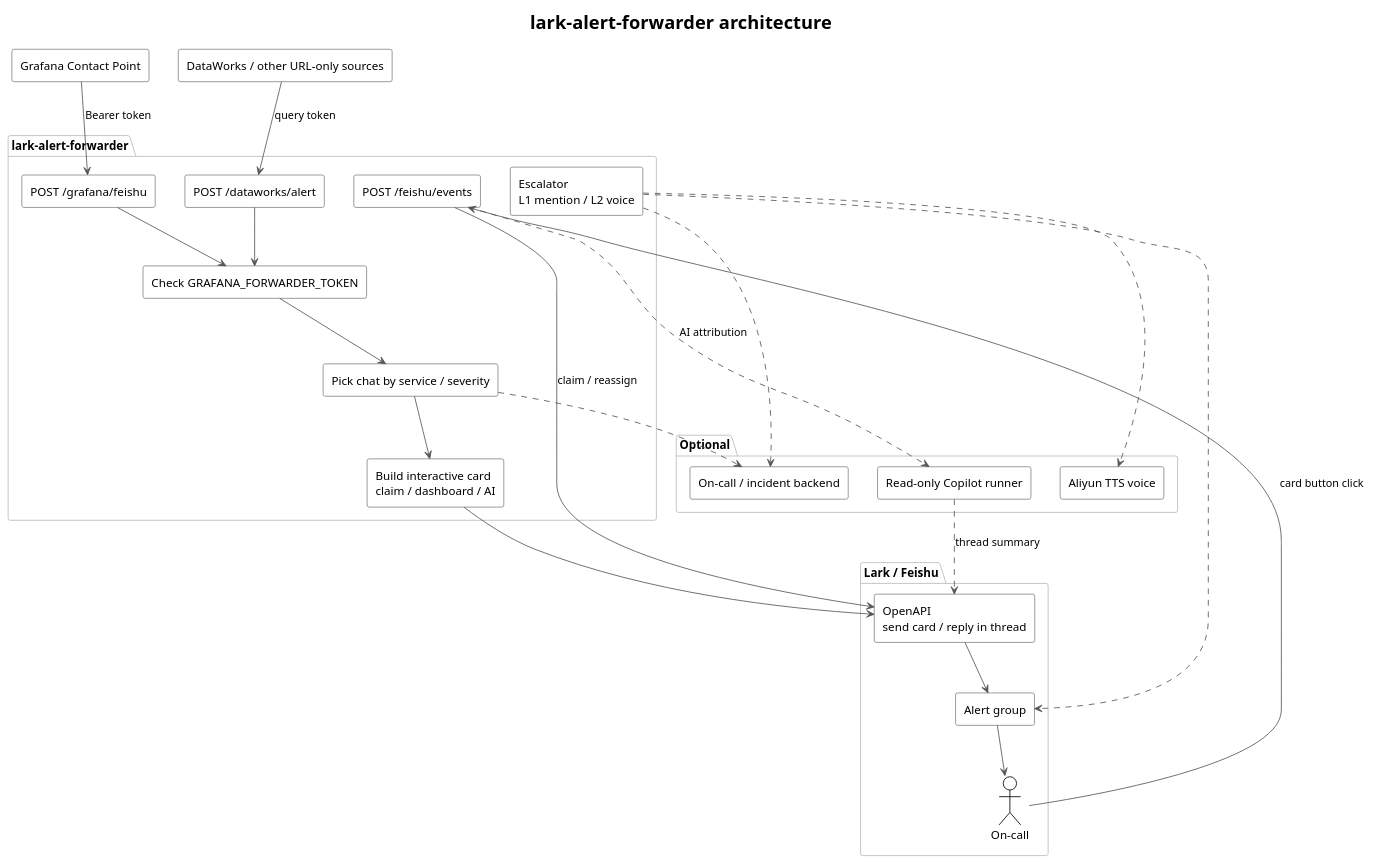
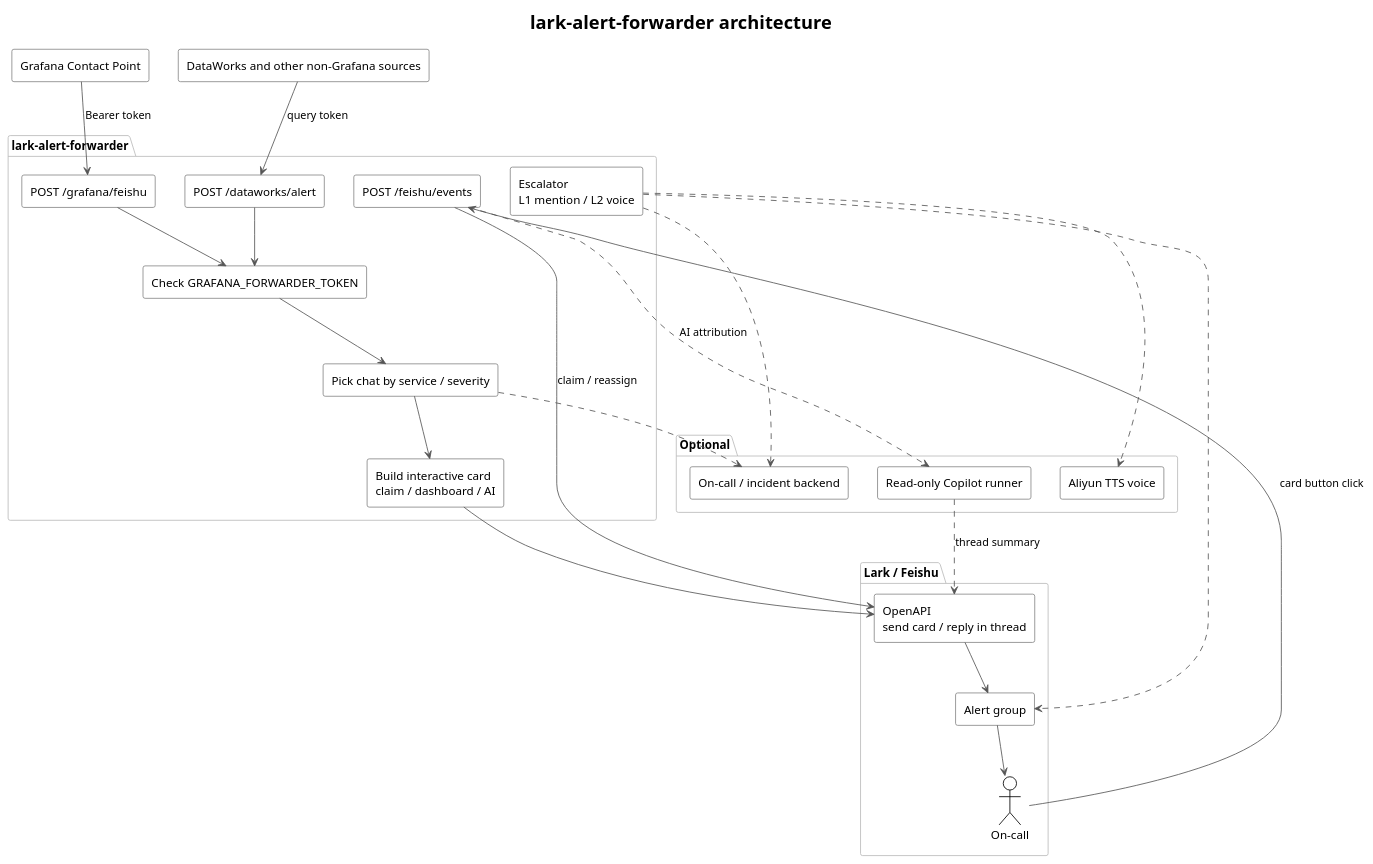
One commit to doctor-fun/lark-alert-forwarder changed the diagram in docs/architecture.en.puml. Above: the diagram before and after it, drawn with PlantUML. The commit also changed 5 other files, not shown here.

Commit message:
Correct DataWorks: it is a payload adapter, not a no-header source.

```diff
--- a/docs/architecture.en.puml
+++ b/docs/architecture.en.puml
@@ -1,60 +1,60 @@
 @startuml architecture-en
 !theme plain
 skinparam backgroundColor #FFFFFF
 skinparam shadowing false
 skinparam componentStyle rectangle
 skinparam defaultFontName "Helvetica"
 skinparam ArrowColor #555555
 skinparam RectangleBorderColor #888888
 skinparam PackageBorderColor #BBBBBB
 top to bottom direction
 
 title lark-alert-forwarder architecture
 
 together {
   rectangle "Grafana Contact Point" as Grafana
-  rectangle "DataWorks / other URL-only sources" as DataWorks
+  rectangle "DataWorks and other non-Grafana sources" as DataWorks
 }
 
 package "lark-alert-forwarder" {
   rectangle "POST /grafana/feishu" as IngressG
   rectangle "POST /dataworks/alert" as IngressD
   rectangle "Check GRAFANA_FORWARDER_TOKEN" as Auth
   rectangle "Pick chat by service / severity" as Route
   rectangle "Build interactive card\nclaim / dashboard / AI" as Card
   rectangle "POST /feishu/events" as IngressE
   rectangle "Escalator\nL1 mention / L2 voice" as Esc
 }
 
 package "Lark / Feishu" {
   rectangle "OpenAPI\nsend card / reply in thread" as OpenAPI
   rectangle "Alert group" as Group
   actor "On-call" as User
 }
 
 package "Optional" {
   rectangle "On-call / incident backend" as Backend
   rectangle "Read-only Copilot runner" as Runner
   rectangle "Aliyun TTS voice" as Voice
 }
 
 Grafana --> IngressG : Bearer token
 DataWorks --> IngressD : query token
 IngressG --> Auth
 IngressD --> Auth
 Auth --> Route
 Route --> Card
 Card --> OpenAPI
 OpenAPI --> Group
 Route ..> Backend
 
 Group --> User
 User --> IngressE : card button click
 IngressE --> OpenAPI : claim / reassign
 IngressE ..> Runner : AI attribution
 Runner ..> OpenAPI : thread summary
 
 Esc ..> Backend
 Esc ..> Group
 Esc ..> Voice
 @enduml
```
